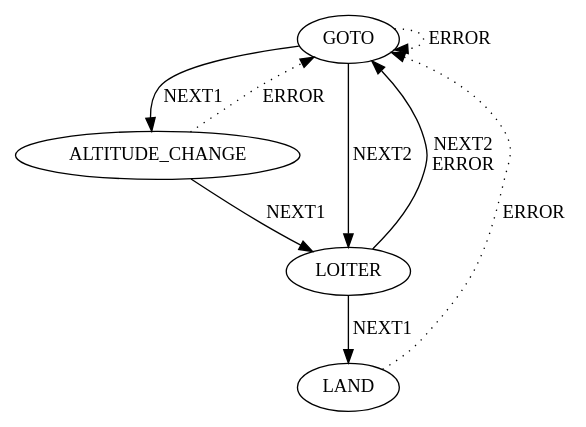
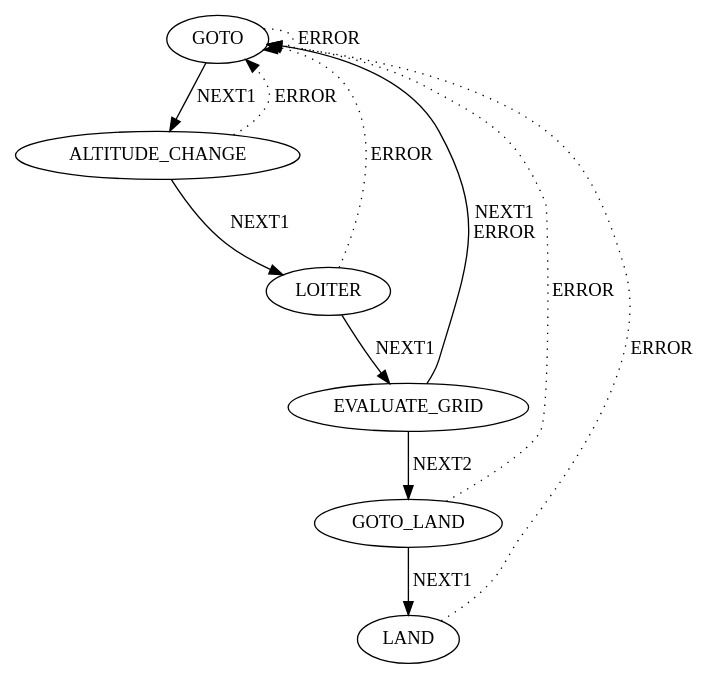
The diagram in safe_landing_planner/src/nodes/waypoint_generator.cpp.dot (PX4/PX4-Avoidance), drawn with Graphviz before and after one commit. The commit also changed 5 other files, not shown here.

```diff
--- a/safe_landing_planner/src/nodes/waypoint_generator.cpp.dot
+++ b/safe_landing_planner/src/nodes/waypoint_generator.cpp.dot
@@ -1,10 +1,13 @@
 digraph {
     "GOTO" -> "ALTITUDE_CHANGE" [label="NEXT1", style="solid", weight=1]
-    "GOTO" -> "LOITER" [label="NEXT2", style="solid", weight=1]
     "GOTO" -> "GOTO" [label="ERROR", style="dotted", weight=0.1]
     "ALTITUDE_CHANGE" -> "LOITER" [label="NEXT1", style="solid", weight=1]
     "ALTITUDE_CHANGE" -> "GOTO" [label="ERROR", style="dotted", weight=0.1]
-    "LOITER" -> "LAND" [label="NEXT1", style="solid", weight=1]
-    "LOITER" -> "GOTO" [label="NEXT2\nERROR", style="solid", weight=1]
+    "LOITER" -> "EVALUATE_GRID" [label="NEXT1", style="solid", weight=1]
+    "LOITER" -> "GOTO" [label="ERROR", style="dotted", weight=0.1]
+    "EVALUATE_GRID" -> "GOTO" [label="NEXT1\nERROR", style="solid", weight=1]
+    "EVALUATE_GRID" -> "GOTO_LAND" [label="NEXT2", style="solid", weight=1]
+    "GOTO_LAND" -> "LAND" [label="NEXT1", style="solid", weight=1]
+    "GOTO_LAND" -> "GOTO" [label="ERROR", style="dotted", weight=0.1]
     "LAND" -> "GOTO" [label="ERROR", style="dotted", weight=0.1]
 }
```
